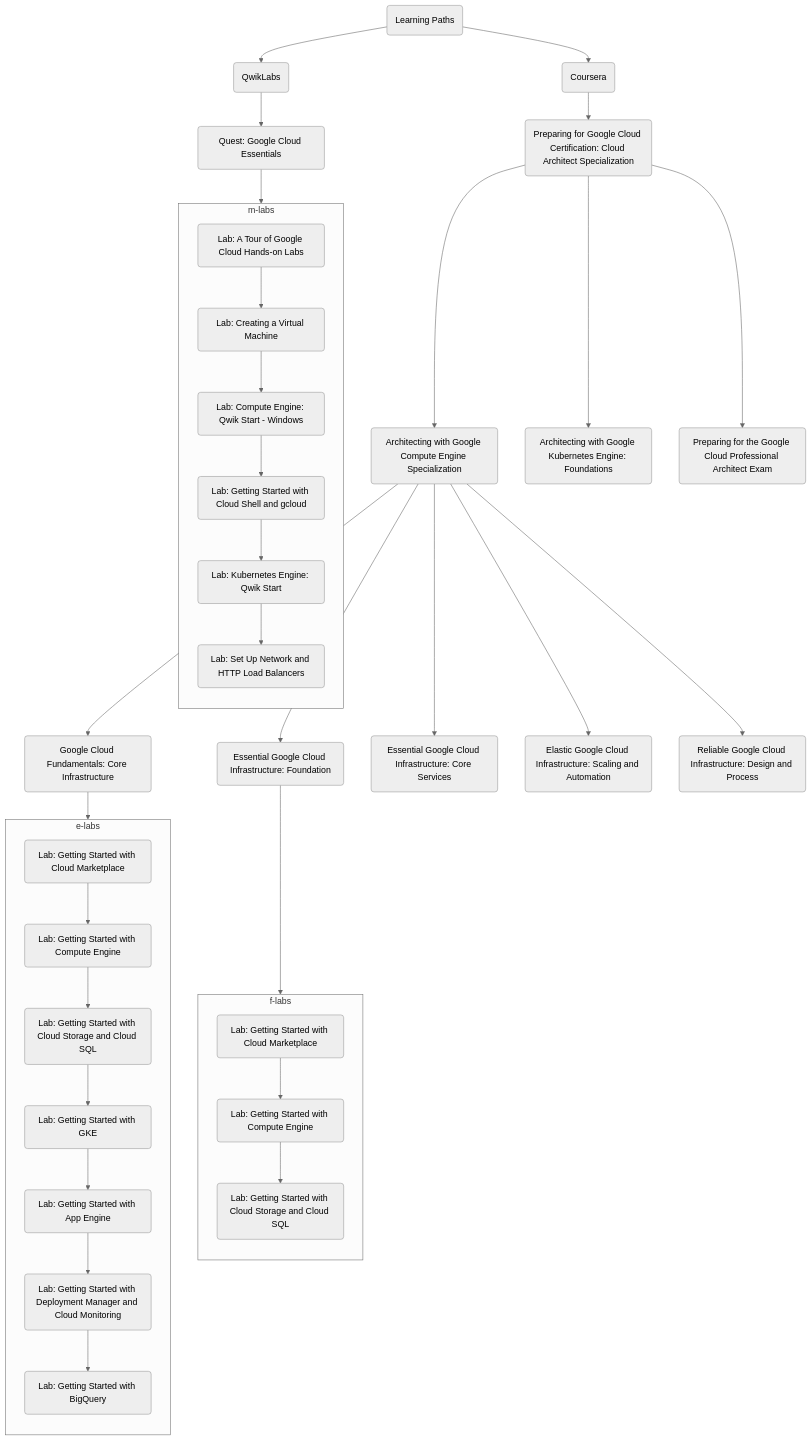
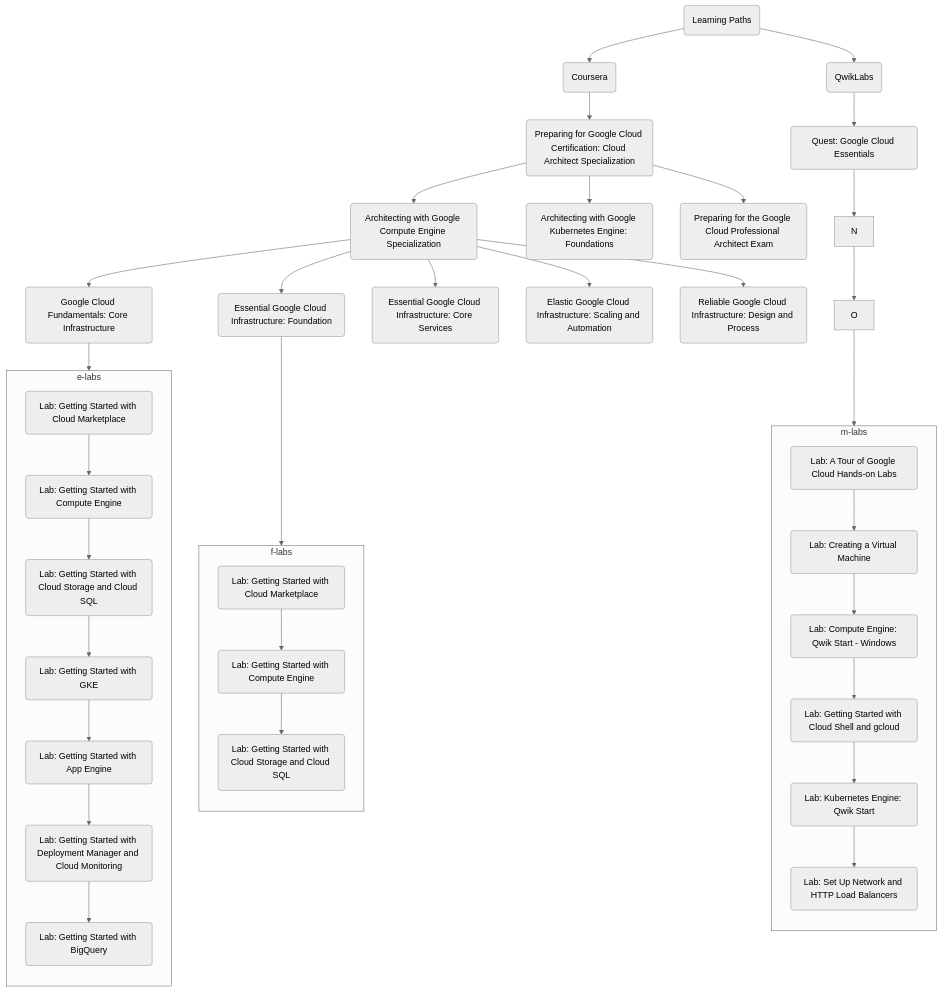
One commit to apnex/mermaid-api changed the diagram in examples/labs4.mmd. Above: the diagram before and after it, drawn with Mermaid (neutral theme).

```diff
--- a/examples/labs4.mmd
+++ b/examples/labs4.mmd
@@ -1,49 +1,49 @@
 flowchart TB
 	classDef anode fill:#00ff00,stroke:#333,stroke-width:4px,height:50px,width:600px;
 
 	A(Learning Paths) --> B(Coursera)
 	B --> C(Preparing for Google Cloud Certification: Cloud Architect Specialization)
 	C --> D(Architecting with Google Compute Engine Specialization)
 	D --> E(Google Cloud Fundamentals: Core Infrastructure)
 	D --> F(Essential Google Cloud Infrastructure: Foundation)
 	D --> G(Essential Google Cloud Infrastructure: Core Services)
 	D --> H(Elastic Google Cloud Infrastructure: Scaling and Automation)
 	D --> I(Reliable Google Cloud Infrastructure: Design and Process)
 	C --> J(Architecting with Google Kubernetes Engine: Foundations)
 	C --> K(Preparing for the Google Cloud Professional Architect Exam)
 
 	subgraph f-labs
 	        direction TB
 		F1(Lab: Getting Started with Cloud Marketplace)
 		F2(Lab: Getting Started with Compute Engine)
 		F3(Lab: Getting Started with Cloud Storage and Cloud SQL)
 	        F1 --> F2 --> F3
 	end
 	F --> f-labs
 
 	subgraph e-labs
 	        direction TB
 		E1(Lab: Getting Started with Cloud Marketplace)
 		E2(Lab: Getting Started with Compute Engine)
 		E3(Lab: Getting Started with Cloud Storage and Cloud SQL)
 		E4(Lab: Getting Started with GKE)
 		E5(Lab: Getting Started with App Engine)
 		E6(Lab: Getting Started with Deployment Manager and Cloud Monitoring)
 		E7(Lab: Getting Started with BigQuery)
 	        E1 --> E2 --> E3 --> E4 --> E5 --> E6 --> E7
 	end
 	E --> e-labs
 
 	subgraph m-labs
 	        direction TB
 		M1(Lab: A Tour of Google Cloud Hands-on Labs)
 		M2(Lab: Creating a Virtual Machine)
 		M3(Lab: Compute Engine: Qwik Start - Windows)
 		M4(Lab: Getting Started with Cloud Shell and gcloud)
 		M5(Lab: Kubernetes Engine: Qwik Start)
 		M6(Lab: Set Up Network and HTTP Load Balancers)
 		M1 --> M2 --> M3 --> M4 --> M5 --> M6
 	end
 	A --> L(QwikLabs)
 	L --> M(Quest: Google Cloud Essentials)
-	M --> m-labs
+	M --> N --> O --> m-labs
```
